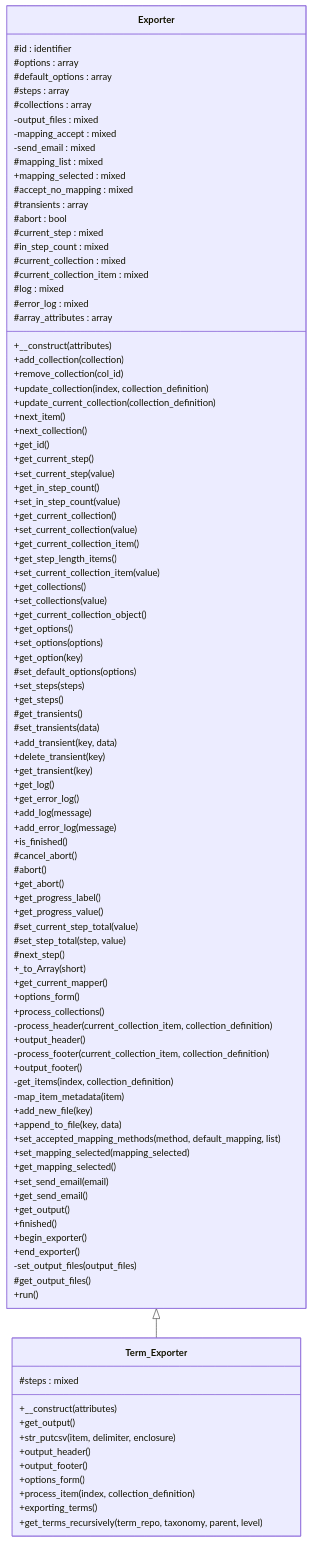
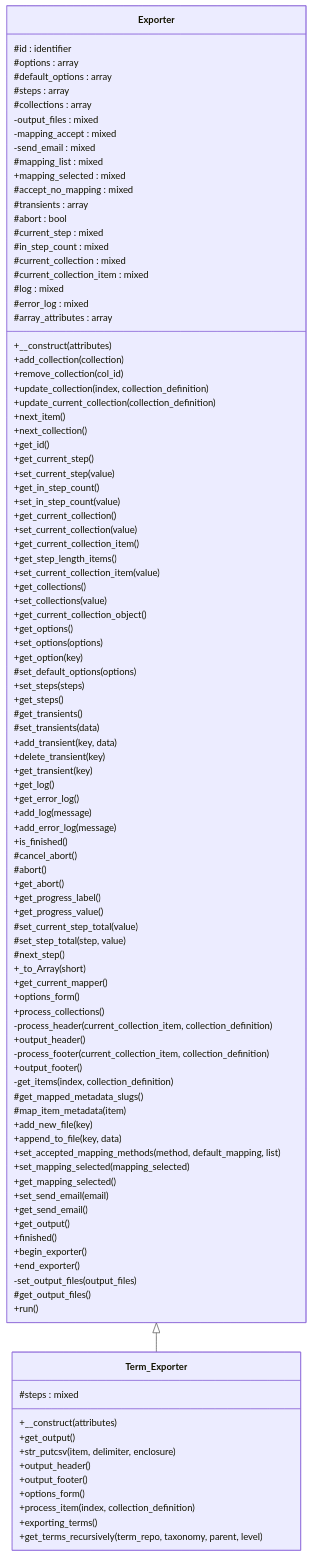
Before and after one commit to tainacan/tainacan: the diagram in docs/phpdoc/classes/Tainacan/Exporter/Term_Exporter.mmd, drawn with Mermaid. The commit also changed 14 other files, not shown here.

```diff
--- a/docs/phpdoc/classes/Tainacan/Exporter/Term_Exporter.mmd
+++ b/docs/phpdoc/classes/Tainacan/Exporter/Term_Exporter.mmd
@@ -1,105 +1,106 @@
 classDiagram
     direction TB
     class Term_Exporter {
         #steps : mixed
         +__construct(attributes)
         +get_output()
         +str_putcsv(item, delimiter, enclosure)
         +output_header()
         +output_footer()
         +options_form()
         +process_item(index, collection_definition)
         +exporting_terms()
         +get_terms_recursively(term_repo, taxonomy, parent, level)
     }
     class Exporter {
         #id : identifier
         #options : array
         #default_options : array
         #steps : array
         #collections : array
         -output_files : mixed
         -mapping_accept : mixed
         -send_email : mixed
         #mapping_list : mixed
         +mapping_selected : mixed
         #accept_no_mapping : mixed
         #transients : array
         #abort : bool
         #current_step : mixed
         #in_step_count : mixed
         #current_collection : mixed
         #current_collection_item : mixed
         #log : mixed
         #error_log : mixed
         #array_attributes : array
         +__construct(attributes)
         +add_collection(collection)
         +remove_collection(col_id)
         +update_collection(index, collection_definition)
         +update_current_collection(collection_definition)
         +next_item()
         +next_collection()
         +get_id()
         +get_current_step()
         +set_current_step(value)
         +get_in_step_count()
         +set_in_step_count(value)
         +get_current_collection()
         +set_current_collection(value)
         +get_current_collection_item()
         +get_step_length_items()
         +set_current_collection_item(value)
         +get_collections()
         +set_collections(value)
         +get_current_collection_object()
         +get_options()
         +set_options(options)
         +get_option(key)
         #set_default_options(options)
         +set_steps(steps)
         +get_steps()
         #get_transients()
         #set_transients(data)
         +add_transient(key, data)
         +delete_transient(key)
         +get_transient(key)
         +get_log()
         +get_error_log()
         +add_log(message)
         +add_error_log(message)
         +is_finished()
         #cancel_abort()
         #abort()
         +get_abort()
         +get_progress_label()
         +get_progress_value()
         #set_current_step_total(value)
         #set_step_total(step, value)
         #next_step()
         +_to_Array(short)
         +get_current_mapper()
         +options_form()
         +process_collections()
         -process_header(current_collection_item, collection_definition)
         +output_header()
         -process_footer(current_collection_item, collection_definition)
         +output_footer()
         -get_items(index, collection_definition)
-        -map_item_metadata(item)
+        #get_mapped_metadata_slugs()
+        #map_item_metadata(item)
         +add_new_file(key)
         +append_to_file(key, data)
         +set_accepted_mapping_methods(method, default_mapping, list)
         +set_mapping_selected(mapping_selected)
         +get_mapping_selected()
         +set_send_email(email)
         +get_send_email()
         +get_output()
         +finished()
         +begin_exporter()
         +end_exporter()
         -set_output_files(output_files)
         #get_output_files()
         +run()
     }
     Exporter <|-- Term_Exporter
```
